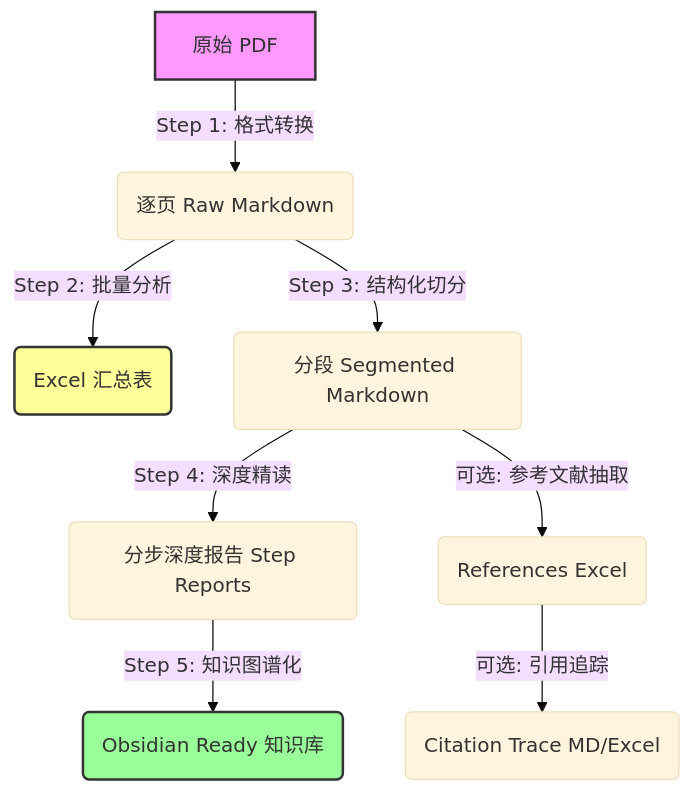
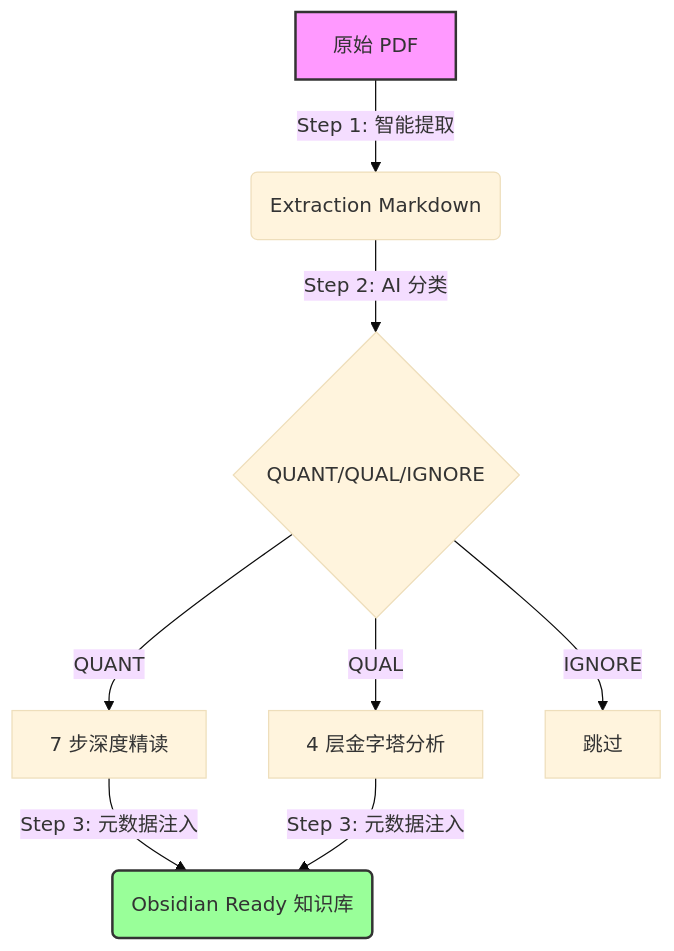
One commit to lxjthu/deep-reading-agent changed the diagram in README.md. Above: the diagram before and after it, drawn with Mermaid (base theme). The commit also changed other lines of this file and 2 other files, not shown here.

````diff
--- a/README.md
+++ b/README.md
@@ -9,14 +9,13 @@
 ```mermaid
 graph TD
-    A[原始 PDF] -->|Step 1: 格式转换| B(逐页 Raw Markdown)
-    B -->|Step 2: 批量分析| F(Excel 汇总表)
-    B -->|Step 3: 结构化切分| C(分段 Segmented Markdown)
-    C -->|Step 4: 深度精读| D(分步深度报告 Step Reports)
-    D -->|Step 5: 知识图谱化| E(Obsidian Ready 知识库)
-    C -->|可选: 参考文献抽取| R(References Excel)
-    R -->|可选: 引用追踪| T(Citation Trace MD/Excel)
+    A[原始 PDF] -->|Step 1: 智能提取| B(Extraction Markdown)
+    B -->|Step 2: AI 分类| C{QUANT/QUAL/IGNORE}
+    C -->|QUANT| D[7 步深度精读]
+    C -->|QUAL| E[4 层金字塔分析]
+    C -->|IGNORE| F[跳过]
+    D -->|Step 3: 元数据注入| G(Obsidian Ready 知识库)
+    E -->|Step 3: 元数据注入| G
 
     style A fill:#f9f,stroke:#333,stroke-width:2px
-    style F fill:#ff9,stroke:#333,stroke-width:2px
-    style E fill:#9f9,stroke:#333,stroke-width:2px
+    style G fill:#9f9,stroke:#333,stroke-width:2px
 ```
````
